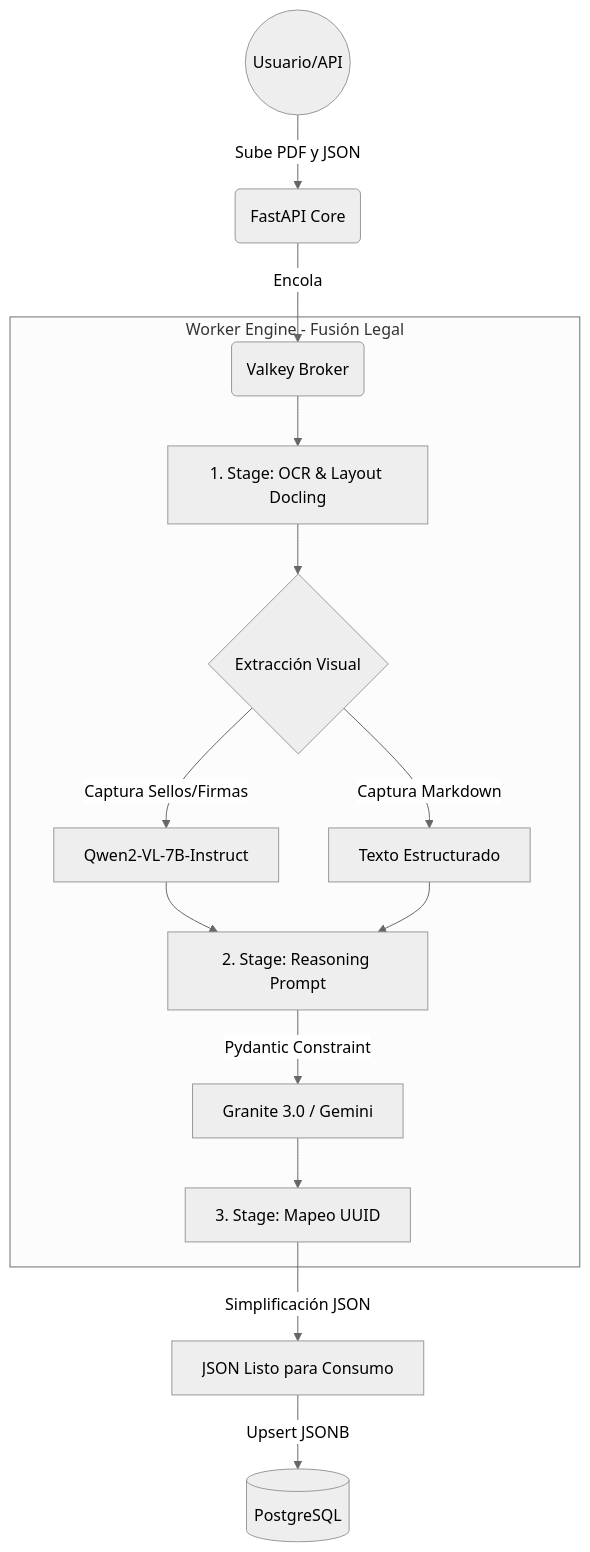
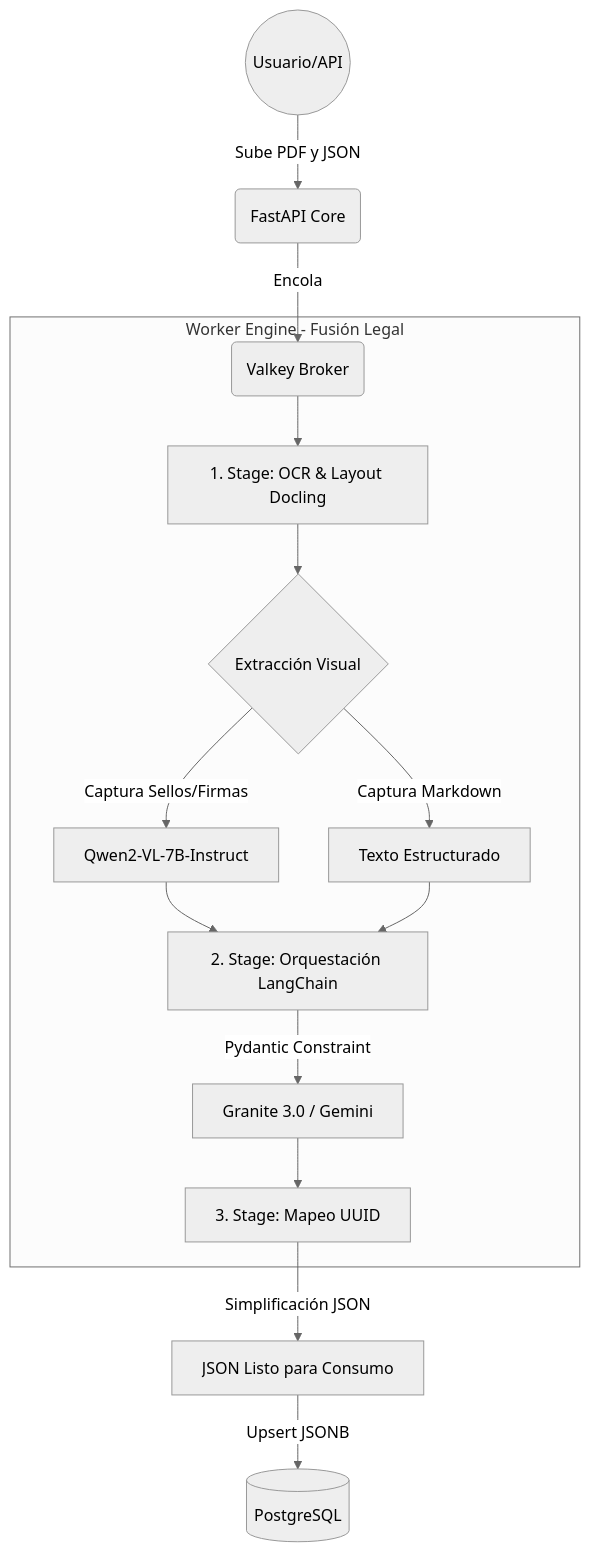
The second of 2 diagrams in README.md (imarthe75/idp-smart), drawn with Mermaid (neutral theme) before and after one commit. The commit also changed other lines of this file, not shown here.

Commit message:
docs: Update README with expanded RAG roadmap and human-in-the-loop milestone

````diff
--- a/README.md
+++ b/README.md
@@ -68,26 +68,26 @@
 ```mermaid
 graph TD
     User((Usuario/API)) -->|Sube PDF y JSON| WebApp(FastAPI Core)
     WebApp -->|Encola| Celery(Valkey Broker)
     
     subgraph Engine [Worker Engine - Fusión Legal]
         Celery --> Vision[1. Stage: OCR & Layout Docling]
         Vision --> Merger{Extracción Visual}
         
         Merger -->|Captura Sellos/Firmas| AI_Vis[Qwen2-VL-7B-Instruct]
         Merger -->|Captura Markdown| MD_Buffer[Texto Estructurado]
         
-        AI_Vis --> Agent[2. Stage: Reasoning Prompt]
+        AI_Vis --> Agent[2. Stage: Orquestación LangChain]
         MD_Buffer --> Agent
         
         Agent -->|Pydantic Constraint| AI_Reas[Granite 3.0 / Gemini]
         AI_Reas --> Mapper[3. Stage: Mapeo UUID]
     end
 
     Mapper -->|Simplificación JSON| FinalJSON[JSON Listo para Consumo]
     FinalJSON -->|Upsert JSONB| DB[(PostgreSQL)]
 
     class User,WebApp web;
     class Celery,Valkey logic;
     class Vision,Merger,Agent,Mapper engine;
 ```
````
